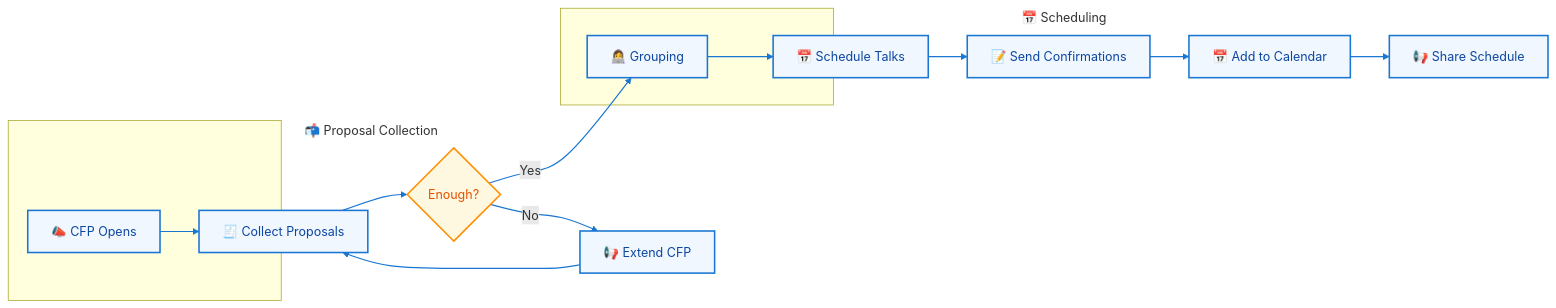
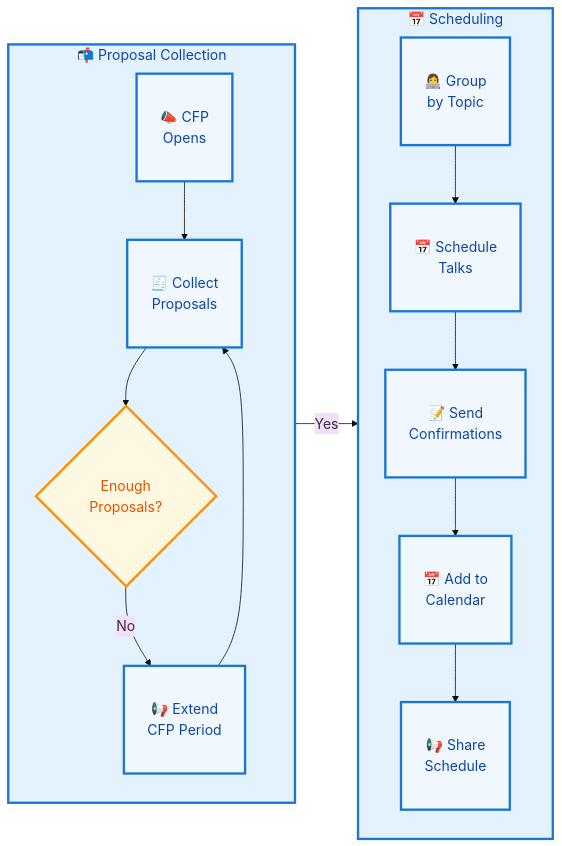
One commit to CBID2/VC-Community-Docs changed the second of 5 diagrams in docs/lightning-talks/processes/project-workflow.md. Above: the diagram before and after it, drawn with Mermaid. The commit also changed other lines of this file and 2 other files, not shown here.

First line of the commit message:
docs: add enhanced Mermaid diagrams to documentation

`````diff
--- a/docs/lightning-talks/processes/project-workflow.md
+++ b/docs/lightning-talks/processes/project-workflow.md
@@ -62,36 +74,35 @@
 ```mermaid
+%%{init: {'theme':'base', 'themeVariables': {'fontSize':'18px', 'fontFamily':'arial'}}}%%
 flowchart LR
   %% Left Column - Proposal Collection
-  subgraph A[📬 Proposal Collection]
-    A1[📣 CFP Opens] --> A2[🧾 Collect Proposals]
-    A2 --> A3{Enough?}
-    A3 -- No --> A4[📢 Extend CFP]
-    A4 --> A2
+  subgraph A["📬 Proposal Collection"]
+    direction TB
+    A1["📣 CFP<br/>Opens"]
+    A2["🧾 Collect<br/>Proposals"]
+    A3{"Enough<br/>Proposals?"}
+    A4["📢 Extend<br/>CFP Period"]
+    A1 --> A2 --> A3
+    A3 -- No --> A4 --> A2
   end
 
-%% Right Column - Scheduling
-subgraph B[📅 Scheduling]
-B1[👩‍💻 Grouping] --> B2[📅 Schedule Talks]
-B2 --> B3[📝 Send Confirmations]
-B3 --> B4[📅 Add to Calendar]
-B4 --> B5[📢 Share Schedule]
-end
+  %% Right Column - Scheduling
+  subgraph B["📅 Scheduling"]
+    direction TB
+    B1["👩‍💻 Group<br/>by Topic"]
+    B2["📅 Schedule<br/>Talks"]
+    B3["📝 Send<br/>Confirmations"]
+    B4["📅 Add to<br/>Calendar"]
+    B5["📢 Share<br/>Schedule"]
+    B1 --> B2 --> B3 --> B4 --> B5
+  end
 
-%% Flow between columns
-A3 -- Yes --> B1
+  %% Flow between columns
+  A3 -- Yes --> B1
 
-%% Styling
-classDef default fill:#f0f7ff,stroke:#1976d2,stroke-width:2px,color:#0d47a1;
-classDef process fill:#e3f2fd,stroke:#1976d2,stroke-width:2px,color:#0d47a1;
-classDef decision fill:#fff8e1,stroke:#ff8f00,stroke-width:2px,color:#e65100;
-class A,B process;
-class A3 decision;
-
-%% Adjust spacing
-style A width: 350px
-style B width: 350px
-
-%% Make the diagram more compact
-linkStyle default stroke-width:1.5px,fill:none,stroke:#1976d2
-
-````
+  %% Styling
+  classDef default fill:#f0f7ff,stroke:#1976d2,stroke-width:3px,color:#0d47a1,padding:15px;
+  classDef process fill:#e3f2fd,stroke:#1976d2,stroke-width:3px,color:#0d47a1;
+  classDef decision fill:#fff8e1,stroke:#ff8f00,stroke-width:3px,color:#e65100;
+  class A,B process;
+  class A3 decision;
+```
`````
